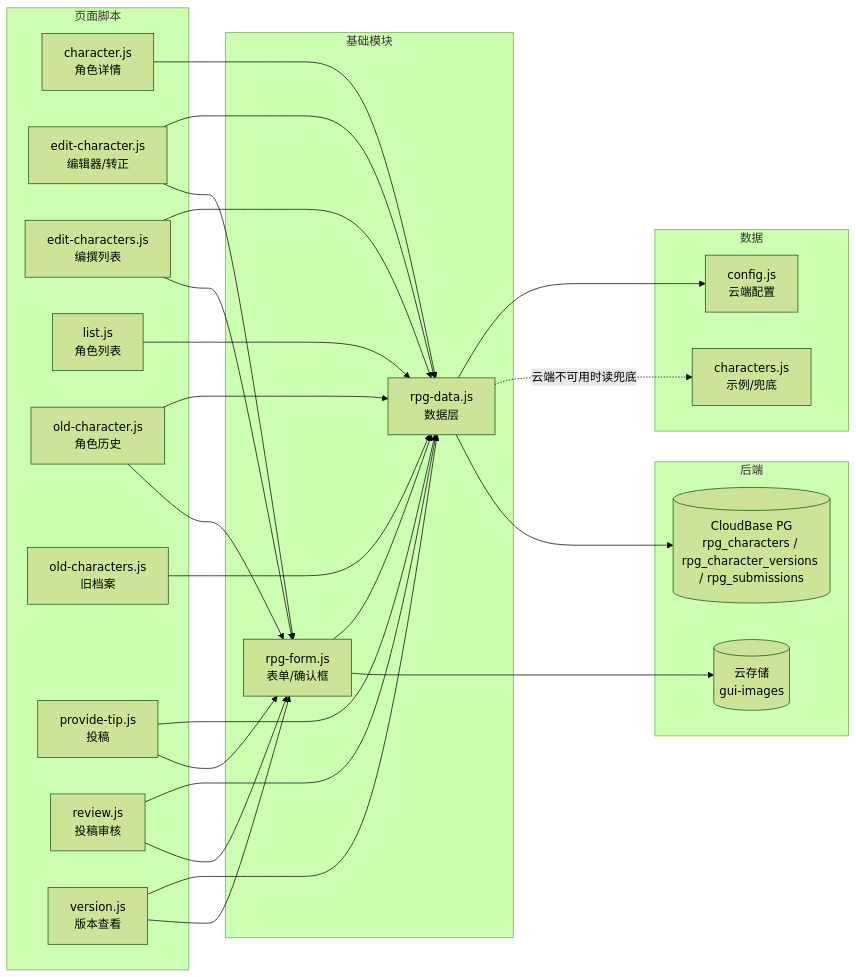
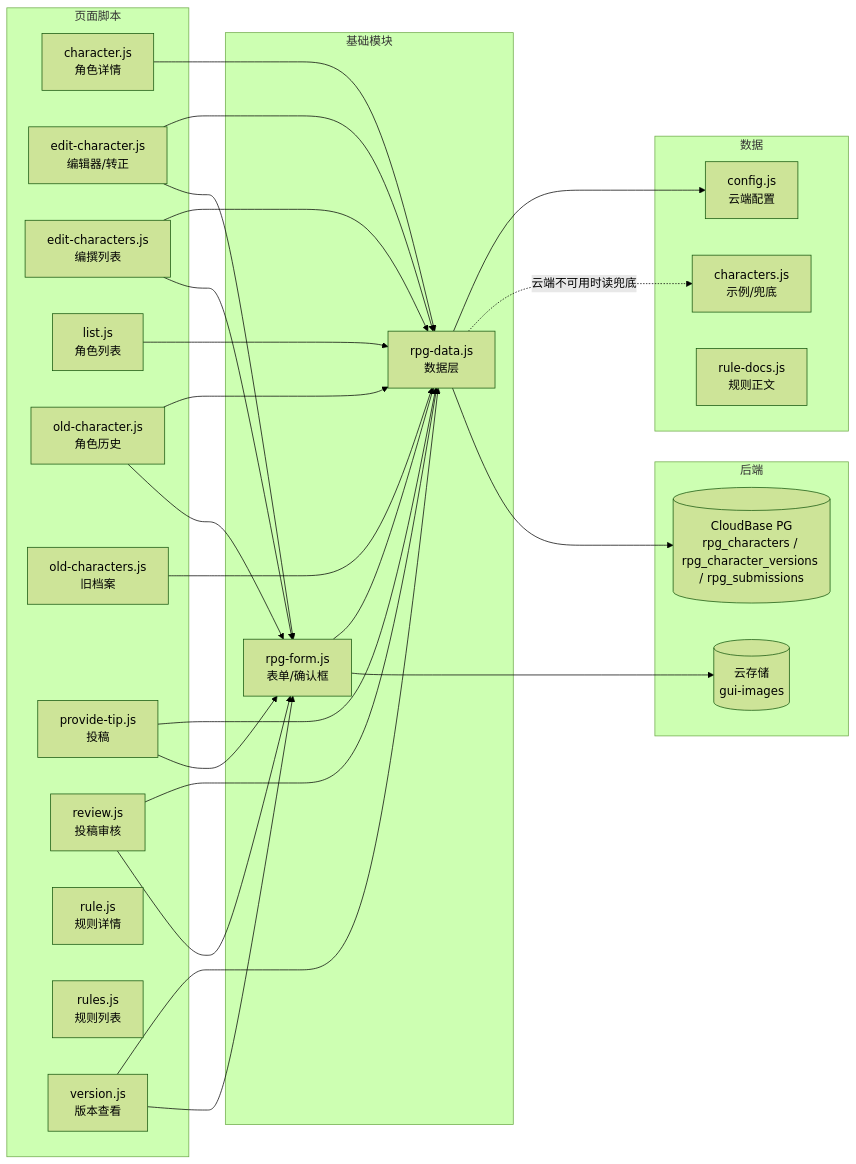
One commit to cangwu-protect-union/cangwu-protect-union.github.io changed the second of 2 diagrams in rpg6.0/架构.md. Above: the diagram before and after it, drawn with Mermaid (forest theme). The commit also changed other lines of this file and 14 other files, not shown here.

````diff
--- a/rpg6.0/架构.md
+++ b/rpg6.0/架构.md
@@ -78,58 +90,61 @@
 ```mermaid
 flowchart LR
 
   subgraph scriptLayer2["页面脚本"]
     S_character["character.js<br/>角色详情"]
     S_edit_character["edit-character.js<br/>编辑器/转正"]
     S_edit_characters["edit-characters.js<br/>编撰列表"]
     S_list["list.js<br/>角色列表"]
     S_old_character["old-character.js<br/>角色历史"]
     S_old_characters["old-characters.js<br/>旧档案"]
     S_provide_tip["provide-tip.js<br/>投稿"]
     S_review["review.js<br/>投稿审核"]
+    S_rule["rule.js<br/>规则详情"]
+    S_rules["rules.js<br/>规则列表"]
     S_version["version.js<br/>版本查看"]
   end
 
   subgraph baseLayer["基础模块"]
     M_rpg_data["rpg-data.js<br/>数据层"]
     M_rpg_form["rpg-form.js<br/>表单/确认框"]
   end
 
   subgraph dataLayer["数据"]
     D_characters["characters.js<br/>示例/兜底"]
     D_config["config.js<br/>云端配置"]
+    D_rule_docs["rule-docs.js<br/>规则正文"]
   end
 
   subgraph backend["后端"]
     DB[("CloudBase PG<br/>rpg_characters / rpg_character_versions / rpg_submissions")]
     ST[("云存储<br/>gui-images")]
   end
 
   %% 页面脚本 → 基础模块
   S_character --> M_rpg_data
   S_edit_character --> M_rpg_data
   S_edit_character --> M_rpg_form
   S_edit_characters --> M_rpg_data
   S_edit_characters --> M_rpg_form
   S_list --> M_rpg_data
   S_old_character --> M_rpg_data
   S_old_character --> M_rpg_form
   S_old_characters --> M_rpg_data
   S_provide_tip --> M_rpg_data
   S_provide_tip --> M_rpg_form
   S_review --> M_rpg_data
   S_review --> M_rpg_form
   S_version --> M_rpg_data
   S_version --> M_rpg_form
 
   %% 基础模块之间的依赖
   M_rpg_form --> M_rpg_data
 
   %% 配置与兜底数据
   M_rpg_data --> D_config
   M_rpg_data -.云端不可用时读兜底.-> D_characters
 
   %% 后端
   M_rpg_data --> DB
   M_rpg_form --> ST
 ```
````
